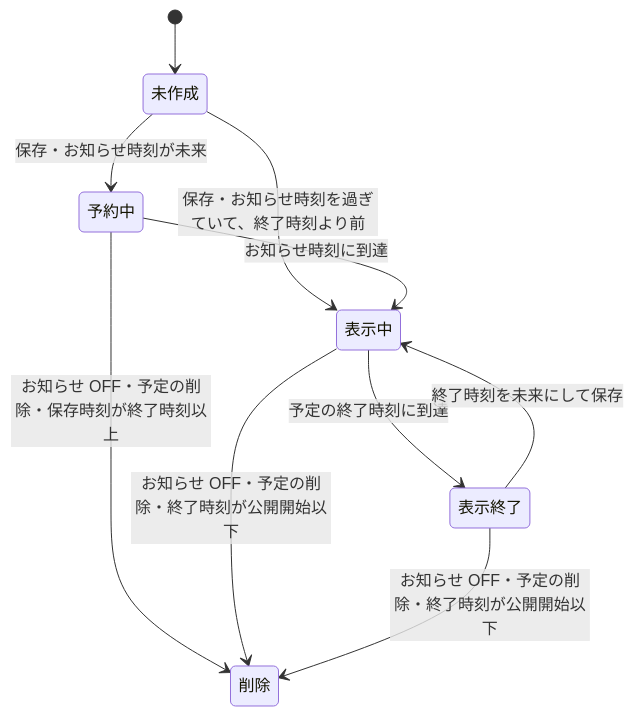
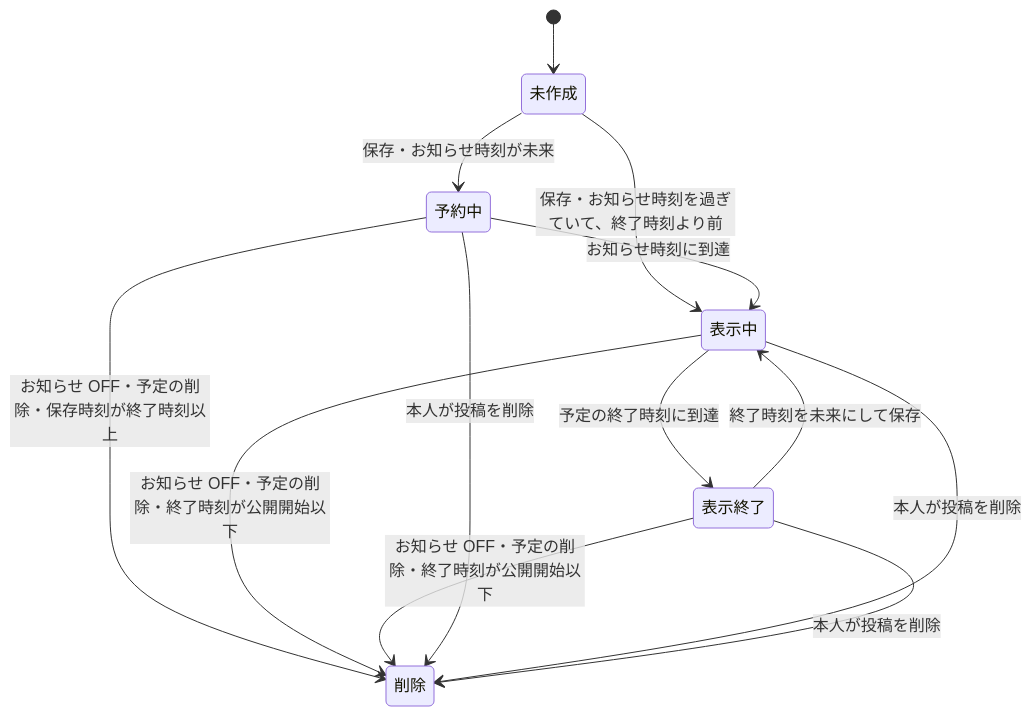
One commit to panicboat/monorepo changed the diagram in dystopia/docs/features/schedules.md. Above: the diagram before and after it, drawn with Mermaid. The commit also changed other lines of this file and 39 other files, not shown here.

````diff
--- a/dystopia/docs/features/schedules.md
+++ b/dystopia/docs/features/schedules.md
@@ -77,12 +77,15 @@
 ```mermaid
 stateDiagram-v2
     [*] --> 未作成
     未作成 --> 予約中: 保存・お知らせ時刻が未来
     未作成 --> 表示中: 保存・お知らせ時刻を過ぎていて、終了時刻より前
     予約中 --> 表示中: お知らせ時刻に到達
     表示中 --> 表示終了: 予定の終了時刻に到達
     表示終了 --> 表示中: 終了時刻を未来にして保存
     予約中 --> 削除: お知らせ OFF・予定の削除・保存時刻が終了時刻以上
     表示中 --> 削除: お知らせ OFF・予定の削除・終了時刻が公開開始以下
     表示終了 --> 削除: お知らせ OFF・予定の削除・終了時刻が公開開始以下
+    予約中 --> 削除: 本人が投稿を削除
+    表示中 --> 削除: 本人が投稿を削除
+    表示終了 --> 削除: 本人が投稿を削除
 ```
````
